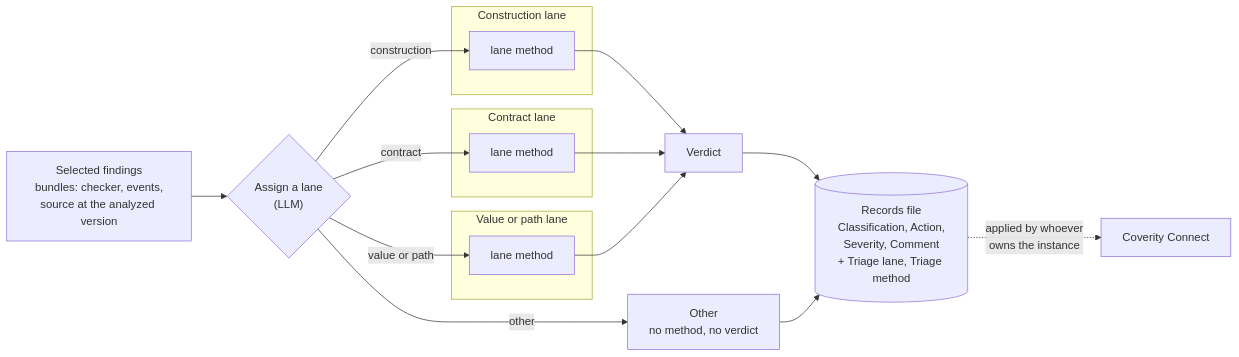
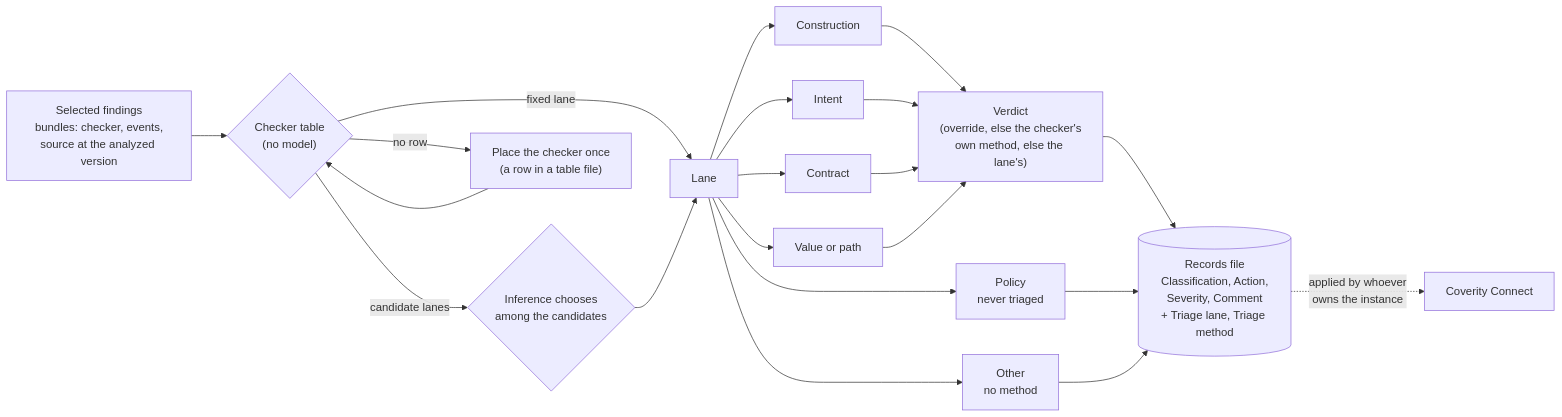
Before and after one commit to edtice-goog/CoveritySkills: the diagram in coverity-triage/SKILL.md, drawn with Mermaid. The commit also changed other lines of this file and 10 other files, not shown here.

````diff
--- a/coverity-triage/SKILL.md
+++ b/coverity-triage/SKILL.md
@@ -56,23 +70,20 @@
 ```mermaid
 flowchart LR
-    IN["Selected findings<br/>bundles: checker, events,<br/>source at the analyzed version"] --> A{"Assign a lane<br/>(LLM)"}
-    subgraph L1["Construction lane"]
-        M1["lane method"]
-    end
-    subgraph L2["Contract lane"]
-        M2["lane method"]
-    end
-    subgraph L3["Value or path lane"]
-        M3["lane method"]
-    end
-    A -->|"construction"| M1
-    A -->|"contract"| M2
-    A -->|"value or path"| M3
-    A -->|"other"| O["Other<br/>no method, no verdict"]
-    M1 --> V["Verdict"]
-    M2 --> V
-    M3 --> V
+    IN["Selected findings<br/>bundles: checker, events,<br/>source at the analyzed version"] --> T{"Checker table<br/>(no model)"}
+    T -->|"fixed lane"| L
+    T -->|"candidate lanes"| A{"Inference chooses<br/>among the candidates"}
+    T -->|"no row"| P["Place the checker once<br/>(a row in a table file)"]
+    P --> T
+    A --> L["Lane"]
+    L --> M1["Construction"]
+    L --> M2["Intent"]
+    L --> M3["Contract"]
+    L --> M4["Value or path"]
+    L --> PO["Policy<br/>never triaged"]
+    L --> O["Other<br/>no method"]
+    M1 & M2 & M3 & M4 --> V["Verdict<br/>(override, else the checker's<br/>own method, else the lane's)"]
     V --> R[("Records file<br/>Classification, Action,<br/>Severity, Comment<br/>+ Triage lane, Triage method")]
+    PO --> R
     O --> R
     R -.->|"applied by whoever<br/>owns the instance"| C["Coverity Connect"]
 ```
````
